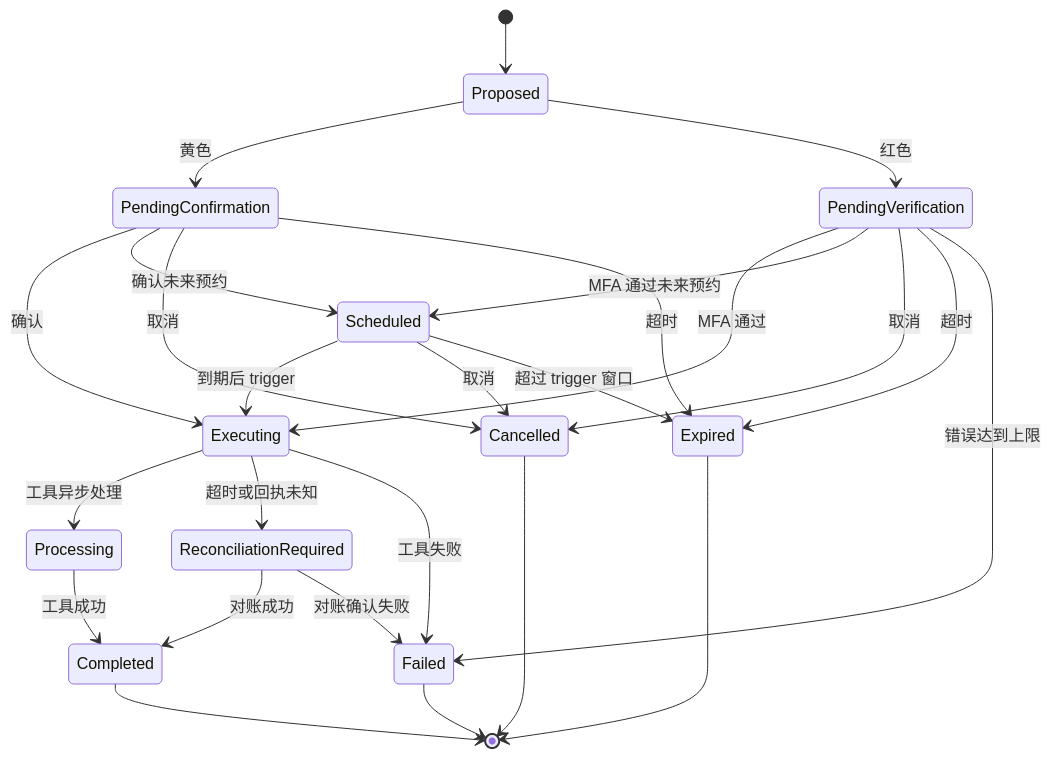
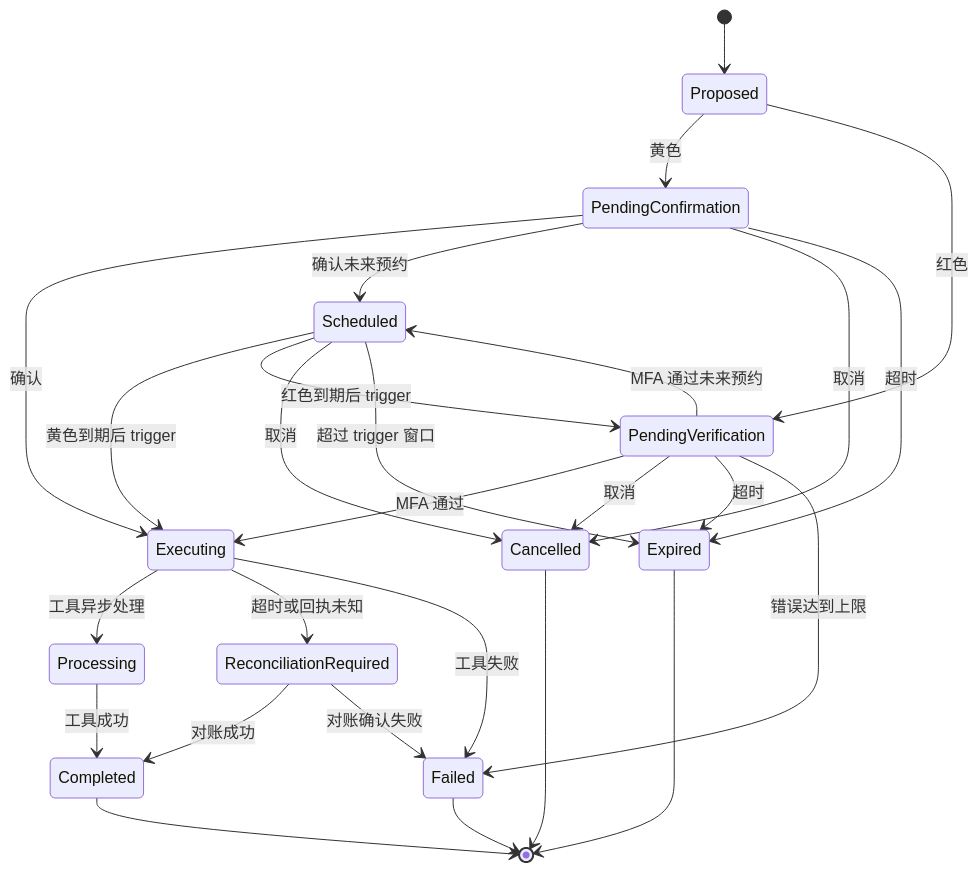
Before and after one commit to cffa-as/bankagent: the third of 3 diagrams in docs/技术方案.md, drawn with Mermaid. The commit also changed other lines of this file and 30 other files, not shown here.

````diff
--- a/docs/技术方案.md
+++ b/docs/技术方案.md
@@ -213,28 +213,29 @@
 ```mermaid
 stateDiagram-v2
     [*] --> Proposed
     Proposed --> PendingConfirmation: 黄色
     Proposed --> PendingVerification: 红色
     PendingConfirmation --> Executing: 确认
     PendingVerification --> Executing: MFA 通过
     PendingConfirmation --> Scheduled: 确认未来预约
     PendingVerification --> Scheduled: MFA 通过未来预约
-    Scheduled --> Executing: 到期后 trigger
+    Scheduled --> Executing: 黄色到期后 trigger
+    Scheduled --> PendingVerification: 红色到期后 trigger
     PendingConfirmation --> Cancelled: 取消
     PendingVerification --> Cancelled: 取消
     Scheduled --> Cancelled: 取消
     PendingConfirmation --> Expired: 超时
     PendingVerification --> Expired: 超时
     Scheduled --> Expired: 超过 trigger 窗口
     PendingVerification --> Failed: 错误达到上限
     Executing --> Processing: 工具异步处理
     Executing --> ReconciliationRequired: 超时或回执未知
     Processing --> Completed: 工具成功
     ReconciliationRequired --> Completed: 对账成功
     ReconciliationRequired --> Failed: 对账确认失败
     Executing --> Failed: 工具失败
     Completed --> [*]
     Cancelled --> [*]
     Expired --> [*]
     Failed --> [*]
 ```
````
